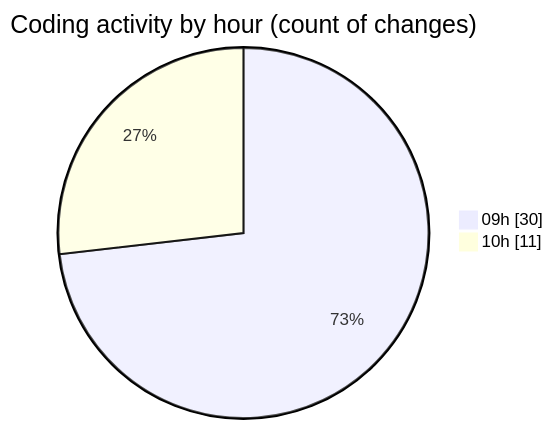
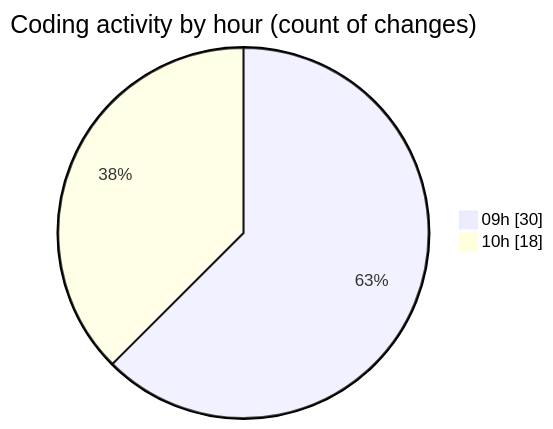
The second of 2 diagrams in 2025-04-02/cda/README.md (momahboobian/code-tracking), drawn with Mermaid before and after one commit. The commit also changed other lines of this file and 1 other file, not shown here.

````diff
--- a/2025-04-02/cda/README.md
+++ b/2025-04-02/cda/README.md
@@ -33,6 +33,6 @@
 ```mermaid
 pie showData
 title Coding activity by hour (count of changes)
 "09h" : 30
-"10h" : 11
+"10h" : 18
 ```
````
